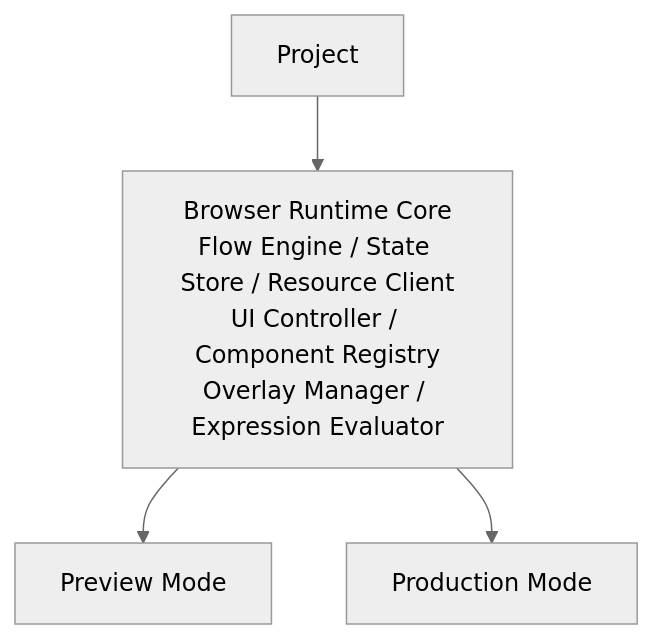
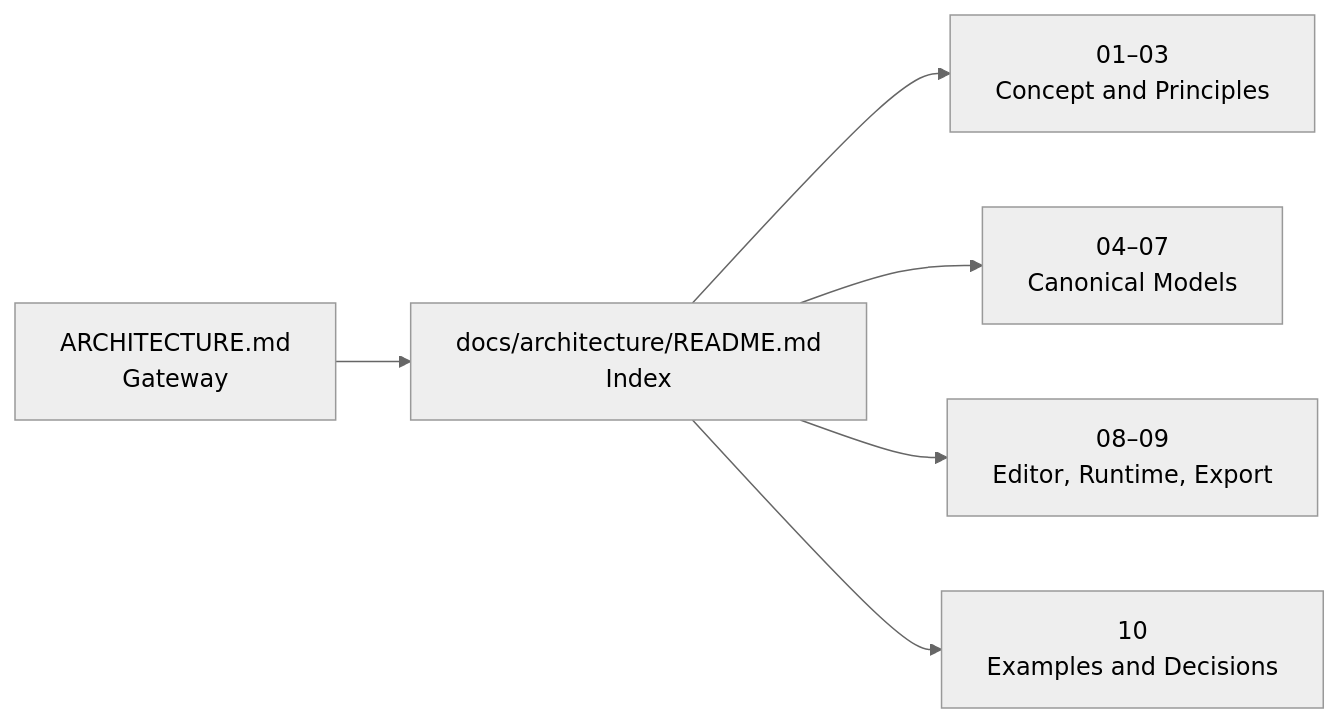
Before and after one commit to northwest-hcu/FlagShip: the diagram in ARCHITECTURE.md, drawn with Mermaid (neutral theme). The commit also changed other lines of this file and 12 other files, not shown here.

Commit message:
docs: split architecture into domain documents

````diff
--- a/ARCHITECTURE.md
+++ b/ARCHITECTURE.md
@@ -1173,6 +15,8 @@
 ```mermaid
-flowchart TB
-    Project --> Core["Browser Runtime Core<br/>Flow Engine / State Store / Resource Client<br/>UI Controller / Component Registry<br/>Overlay Manager / Expression Evaluator"]
-    Core --> Preview["Preview Mode"]
-    Core --> Production["Production Mode"]
+flowchart LR
+    Entry["ARCHITECTURE.md<br/>Gateway"] --> Index["docs/architecture/README.md<br/>Index"]
+    Index --> Product["01–03<br/>Concept and Principles"]
+    Index --> Model["04–07<br/>Canonical Models"]
+    Index --> Runtime["08–09<br/>Editor, Runtime, Export"]
+    Index --> Delivery["10<br/>Examples and Decisions"]
 ```
````
